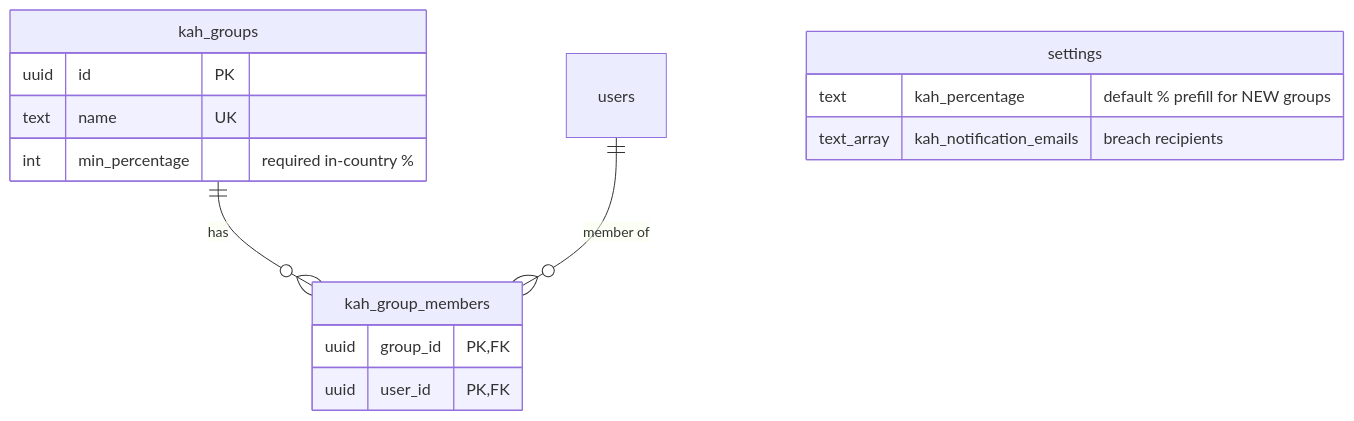
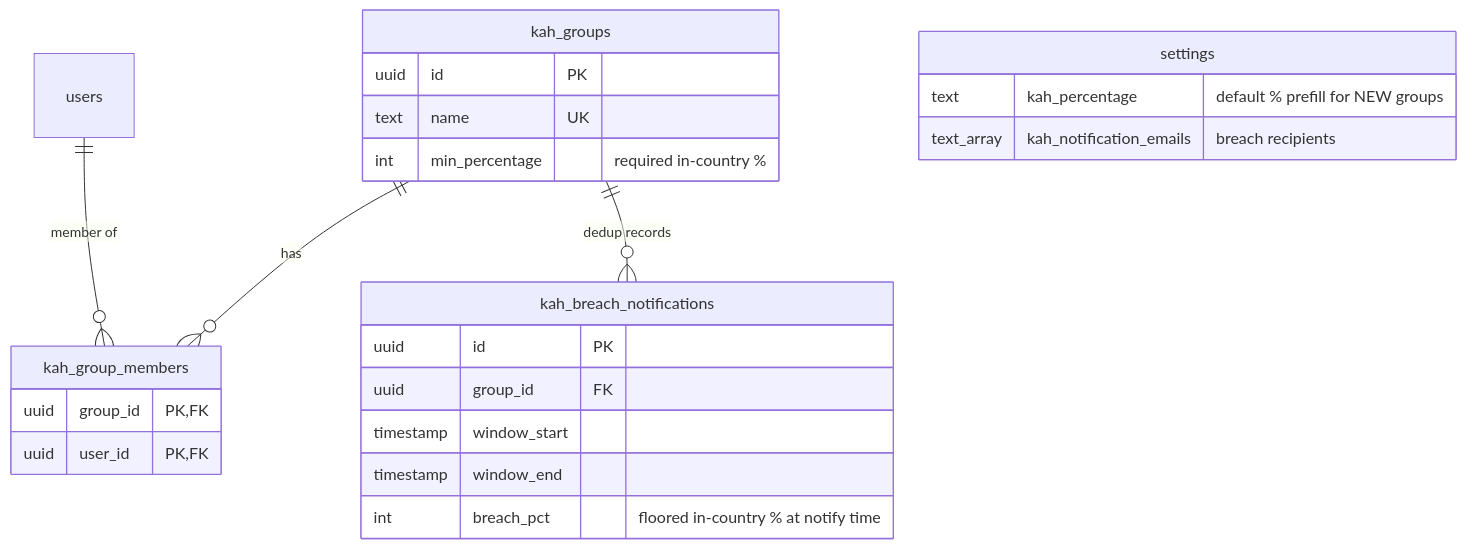
Before and after one commit to oncloudnintynineone-source/cloudy2: the second of 3 diagrams in docs/kah.md, drawn with Mermaid. The commit also changed other lines of this file and 5 other files, not shown here.

````diff
--- a/docs/kah.md
+++ b/docs/kah.md
@@ -43,18 +43,26 @@
 ```mermaid
 erDiagram
     kah_groups ||--o{ kah_group_members : has
+    kah_groups ||--o{ kah_breach_notifications : "dedup records"
     users ||--o{ kah_group_members : "member of"
     settings {
         text kah_percentage "default % prefill for NEW groups"
         text_array kah_notification_emails "breach recipients"
     }
     kah_groups {
         uuid id PK
         text name UK
         int min_percentage "required in-country %"
     }
     kah_group_members {
         uuid group_id PK,FK
         uuid user_id PK,FK
     }
+    kah_breach_notifications {
+        uuid id PK
+        uuid group_id FK
+        timestamp window_start
+        timestamp window_end
+        int breach_pct "floored in-country % at notify time"
+    }
 ```
````
